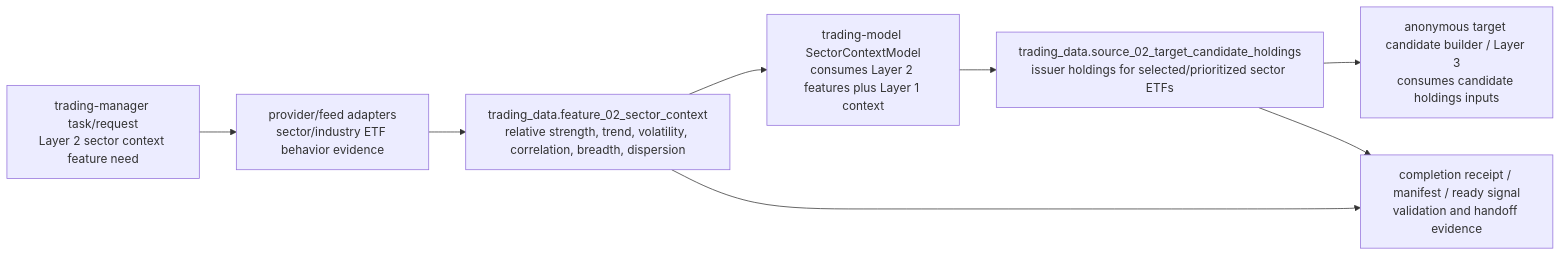
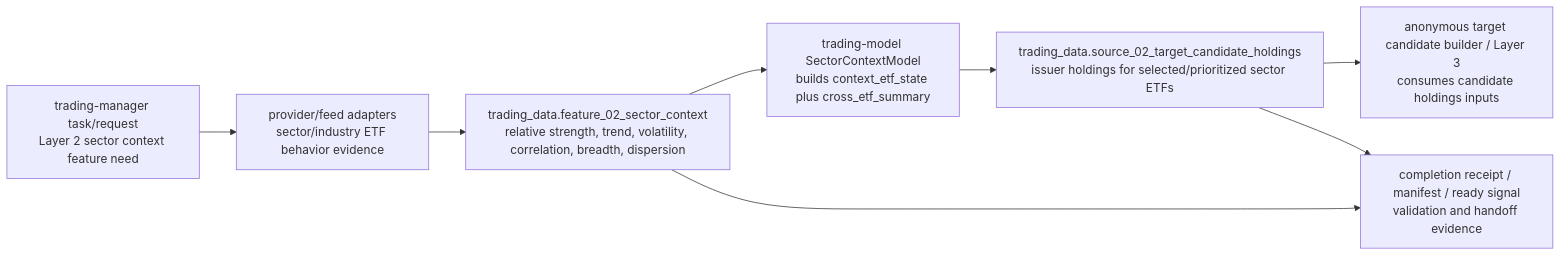
The diagram in docs/11_layer_02_sector_context.md (gilmore307/trading-data), drawn with Mermaid before and after one commit. The commit also changed other lines of this file and 2 other files, not shown here.

Commit message:
Document Layer 2 ETF context feature boundary

````diff
--- a/docs/11_layer_02_sector_context.md
+++ b/docs/11_layer_02_sector_context.md
@@ -37,14 +37,14 @@
 ```mermaid
 flowchart LR
     request["trading-manager task/request<br/>Layer 2 sector context feature need"]
     feeds["provider/feed adapters<br/>sector/industry ETF behavior evidence"]
     feature["trading_data.feature_02_sector_context<br/>relative strength, trend, volatility, correlation, breadth, dispersion"]
-    model["trading-model SectorContextModel<br/>consumes Layer 2 features plus Layer 1 context"]
+    model["trading-model SectorContextModel<br/>builds context_etf_state plus cross_etf_summary"]
     candidates["trading_data.source_02_target_candidate_holdings<br/>issuer holdings for selected/prioritized sector ETFs"]
     downstream["anonymous target candidate builder / Layer 3<br/>consumes candidate holdings inputs"]
     receipt["completion receipt / manifest / ready signal<br/>validation and handoff evidence"]
 
     request --> feeds --> feature --> model --> candidates --> downstream
     feature --> receipt
     candidates --> receipt
 ```
````
